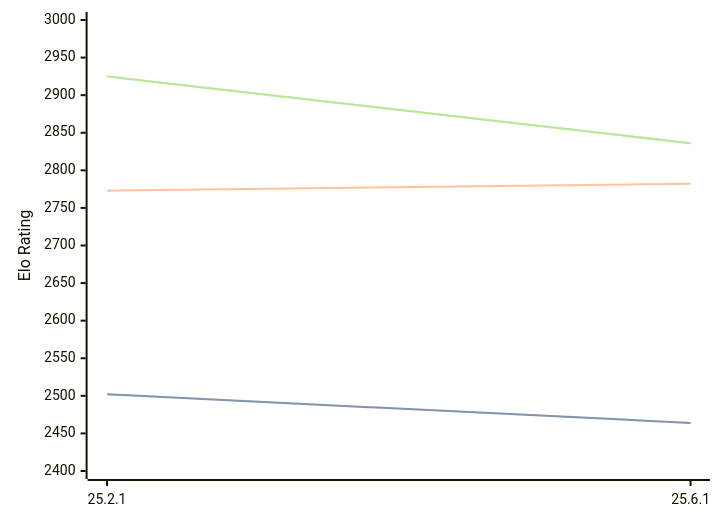
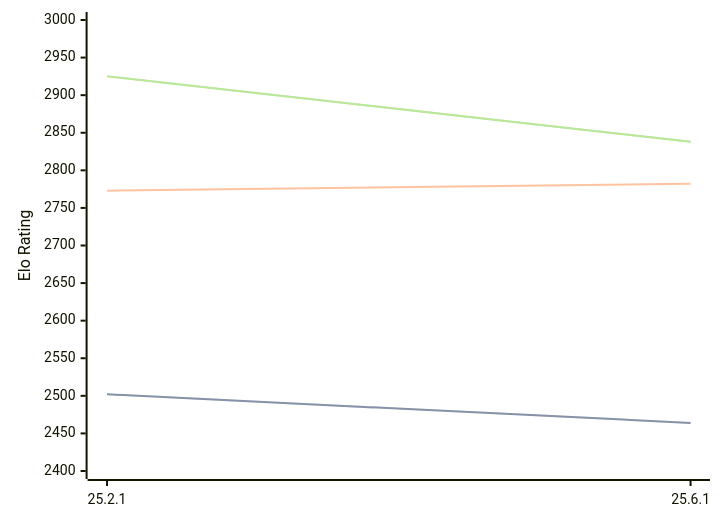
The diagram in engines/Crafty.md (computer-chess-index/cci), drawn with Mermaid before and after one commit. The commit also changed other lines of this file, not shown here.

Commit message:
Update CCI Ratings (ELO VLTC) - 2026-08-19

````diff
--- a/engines/Crafty.md
+++ b/engines/Crafty.md
@@ -32,11 +32,11 @@
 ```mermaid
 %%{init: {"theme":"base","themeVariables":{"seriesColors:['#a3a3a3','#222221','#faa371']}}}%%
 xychart-beta
   x-axis ["25.2.1", "25.6.1"]
   y-axis "Elo Rating" 2400 --> 3000
   line "STC (8.0+0.08s)" [2502, 2464]
   line "STC (8.0+0.08s)" [2502, 2464]
   line "LTC (60.0+0.60s)" [2773, 2782]
-  line "VLTC (2m24s+1.12s)" [2925, 2836]
-  line "VLTC (2m24s+1.12s)" [2925, 2836]
+  line "VLTC (2m24s+1.12s)" [2925, 2838]
+  line "VLTC (2m24s+1.12s)" [2925, 2838]
 ```
````
